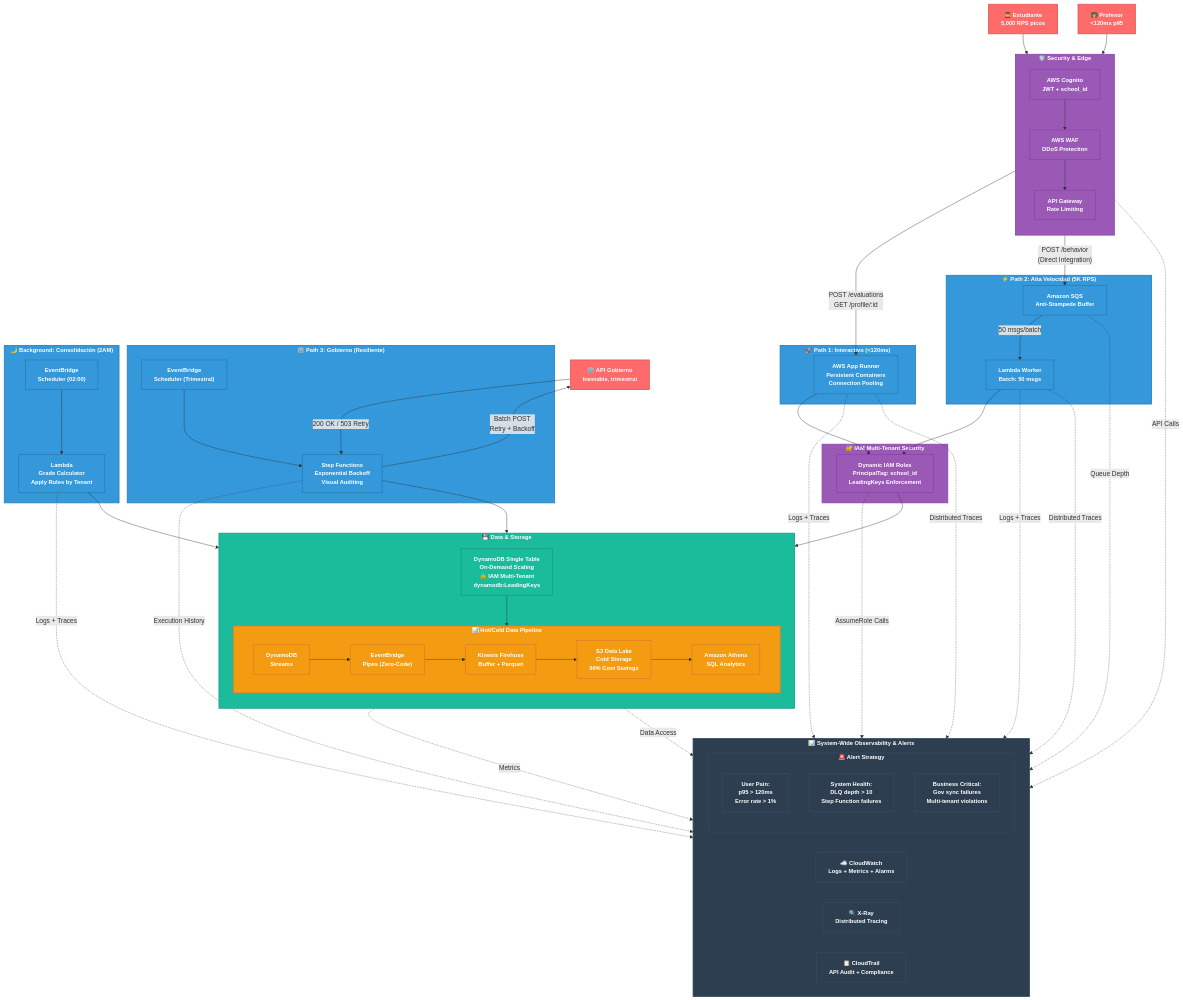
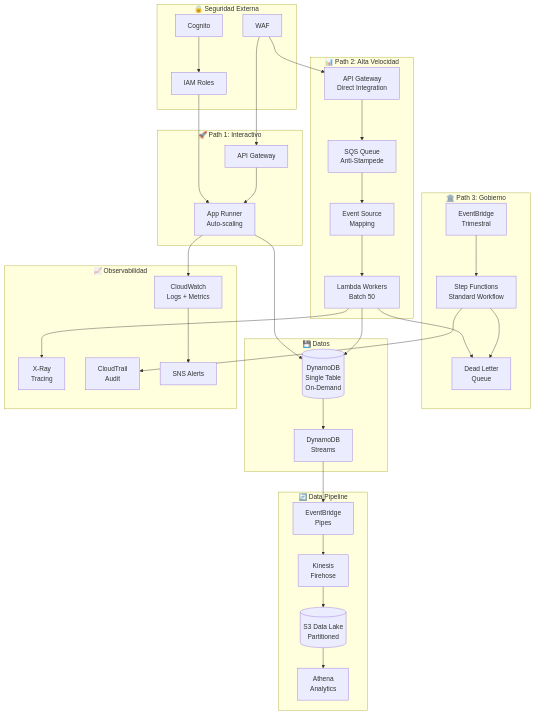
One commit to fabzter/luca-home-assessment changed the first of 5 diagrams in README.md. Above: the diagram before and after it, drawn with Mermaid. The commit also changed other lines of this file and 1 other file, not shown here.

````diff
--- a/README.md
+++ b/README.md
@@ -26,146 +26,75 @@
 ```mermaid
 flowchart TB
-    %% === EXTERNAL ACTORS ===
-    Student["👨‍🎓 Estudiante<br/>5,000 RPS picos"]
-    Teacher["👩‍🏫 Profesor<br/><120ms p95"]
-    GovAPI["🏛️ API Gobierno<br/>Inestable, trimestral"]
-    
-    %% === SECURITY & EDGE ===
-    subgraph EdgeSecurity ["🛡️ Security & Edge"]
-        direction TB
-        Cognito["AWS Cognito<br/>JWT + school_id"]
-        WAF["AWS WAF<br/>DDoS Protection"]
-        APIG["API Gateway<br/>Rate Limiting"]
+    subgraph Security["🔒 Seguridad Externa"]
+        WAF[WAF]
+        Cognito[Cognito]
+        IAM[IAM Roles]
     end
     
-    %% === COMPUTE PATHS ===
-    subgraph InteractivePath ["🚀 Path 1: Interactivo (<120ms)"]
-        AppRunner["AWS App Runner<br/>Persistent Containers<br/>Connection Pooling"]
+    subgraph Interactive["🚀 Path 1: Interactivo"]
+        APIG1[API Gateway]
+        AppRunner[App Runner<br/>Auto-scaling]
     end
     
-    subgraph IngestionPath ["⚡ Path 2: Alta Velocidad (5K RPS)"]
-        SQS["Amazon SQS<br/>Anti-Stampede Buffer"]
-        LambdaBatch["Lambda Worker<br/>Batch: 50 msgs"]
+    subgraph HighVolume["📊 Path 2: Alta Velocidad"]
+        APIG2[API Gateway<br/>Direct Integration]
+        SQS[SQS Queue<br/>Anti-Stampede]
+        ESM[Event Source<br/>Mapping]
+        LambdaBatch[Lambda Workers<br/>Batch 50]
     end
     
-    subgraph GovPath ["🏛️ Path 3: Gobierno (Resiliente)"]
-        EventScheduler["EventBridge<br/>Scheduler (Trimestral)"]
-        StepFunctions["Step Functions<br/>Exponential Backoff<br/>Visual Auditing"]
+    subgraph Government["🏛️ Path 3: Gobierno"]
+        EventBridge[EventBridge<br/>Trimestral]
+        StepFunctions[Step Functions<br/>Standard Workflow]
+        DLQ[Dead Letter<br/>Queue]
     end
     
-    subgraph BackgroundPath ["🌙 Background: Consolidación (2AM)"]
-        NightlyScheduler["EventBridge<br/>Scheduler (02:00)"]
-        GradeConsolidator["Lambda<br/>Grade Calculator<br/>Apply Rules by Tenant"]
+    subgraph Data["💾 Datos"]
+        DynamoDB[(DynamoDB<br/>Single Table<br/>On-Demand)]
+        DDBStreams[DynamoDB<br/>Streams]
     end
     
-    %% === DATA & STORAGE ===
-    subgraph DataLayer ["💾 Data & Storage"]
-        direction TB
-        DynamoDB["DynamoDB Single Table<br/>On-Demand Scaling<br/>🔒 IAM Multi-Tenant<br/>dynamodb:LeadingKeys"]
-        
-        subgraph DataPipeline ["📊 Hot/Cold Data Pipeline"]
-            direction LR
-            DDBStreams["DynamoDB<br/>Streams"]
-            Pipes["EventBridge<br/>Pipes (Zero-Code)"]
-            Firehose["Kinesis Firehose<br/>Buffer + Parquet"]
-            S3DataLake["S3 Data Lake<br/>Cold Storage<br/>90% Cost Savings"]
-            Athena["Amazon Athena<br/>SQL Analytics"]
-            
-            DDBStreams --> Pipes
-            Pipes --> Firehose  
-            Firehose --> S3DataLake
-            S3DataLake --> Athena
-        end
+    subgraph Pipeline["🔄 Data Pipeline"]
+        Pipes[EventBridge<br/>Pipes]
+        Firehose[Kinesis<br/>Firehose]
+        S3[(S3 Data Lake<br/>Partitioned)]
+        Athena[Athena<br/>Analytics]
     end
     
-    %% === IAM SECURITY ===
-    subgraph IAMLayer ["🔐 IAM Multi-Tenant Security"]
-        IAMRoles["Dynamic IAM Roles<br/>PrincipalTag: school_id<br/>LeadingKeys Enforcement"]
+    subgraph Monitoring["📈 Observabilidad"]
+        CloudWatch[CloudWatch<br/>Logs + Metrics]
+        XRay[X-Ray<br/>Tracing]
+        CloudTrail[CloudTrail<br/>Audit]
+        SNS[SNS Alerts]
     end
     
-    %% === TRAFFIC FLOWS ===
+    %% Path 1: Interactive (Profesores)
+    WAF --> APIG1
+    Cognito --> IAM
+    IAM --> AppRunner
+    APIG1 --> AppRunner
+    AppRunner --> DynamoDB
     
-    %% Authentication
-    Student --> Cognito
-    Teacher --> Cognito
-    Cognito --> WAF
+    %% Path 2: High Volume (Estudiantes)
+    WAF --> APIG2
+    APIG2 --> SQS
+    SQS --> ESM
+    ESM --> LambdaBatch
+    LambdaBatch --> DynamoDB
+    LambdaBatch --> DLQ
     
-    %% Entry through Security
-    WAF --> APIG
+    %% Path 3: Government (Sistema)
+    EventBridge --> StepFunctions
+    StepFunctions --> DLQ
     
-    %% Path 1: Interactive (Teachers/Students)
-    APIG -->|"POST /evaluations<br/>GET /profile/:id"| AppRunner
-    AppRunner --> IAMRoles
-    IAMRoles --> DynamoDB
+    DynamoDB --> DDBStreams
+    DDBStreams --> Pipes
+    Pipes --> Firehose
+    Firehose --> S3
+    S3 --> Athena
     
-    %% Path 2: High-Volume Ingestion
-    APIG -->|"POST /behavior<br/>(Direct Integration)"| SQS
-    SQS -->|"50 msgs/batch"| LambdaBatch
-    LambdaBatch --> IAMRoles
-    
-    %% Path 3: Government Sync
-    EventScheduler --> StepFunctions
-    StepFunctions -->|"Batch POST<br/>Retry + Backoff"| GovAPI
-    StepFunctions --> DynamoDB
-    
-    %% Background Job
-    NightlyScheduler --> GradeConsolidator
-    GradeConsolidator --> DynamoDB
-    
-    %% Data Pipeline (flows from DynamoDB)
-    DynamoDB --> DDBStreams
-    
-    %% External API Response
-    GovAPI -->|"200 OK / 503 Retry"| StepFunctions
-    
-    %% === SYSTEM-WIDE OBSERVABILITY BAR ===
-    subgraph ObservabilityBar ["📊 System-Wide Observability & Alerts"]
-        direction LR
-        CloudWatch["☁️ CloudWatch<br/>Logs + Metrics + Alarms"]
-        XRay["🔍 X-Ray<br/>Distributed Tracing"]
-        CloudTrail["📋 CloudTrail<br/>API Audit + Compliance"]
-        
-        subgraph AlertStrategy ["🚨 Alert Strategy"]
-            UserAlerts["User Pain:<br/>p95 > 120ms<br/>Error rate > 1%"]
-            SystemAlerts["System Health:<br/>DLQ depth > 10<br/>Step Function failures"]
-            BusinessAlerts["Business Critical:<br/>Gov sync failures<br/>Multi-tenant violations"]
-        end
-    end
-    
-    %% === OBSERVABILITY CONNECTIONS (dotted lines to show system-wide) ===
-    AppRunner -.->|"Logs + Traces"| CloudWatch
-    LambdaBatch -.->|"Logs + Traces"| CloudWatch  
-    StepFunctions -.->|"Execution History"| CloudWatch
-    GradeConsolidator -.->|"Logs + Traces"| CloudWatch
-    DynamoDB -.->|"Metrics"| CloudWatch
-    SQS -.->|"Queue Depth"| CloudWatch
-    
-    AppRunner -.->|"Distributed Traces"| XRay
-    LambdaBatch -.->|"Distributed Traces"| XRay
-    
-    APIG -.->|"API Calls"| CloudTrail
-    DynamoDB -.->|"Data Access"| CloudTrail
-    IAMRoles -.->|"AssumeRole Calls"| CloudTrail
-    
-    %% === STYLING ===
-    classDef external fill:#ff6b6b,stroke:#e55454,stroke-width:2px,color:#fff,font-size:14px,font-weight:bold
-    classDef security fill:#9b59b6,stroke:#8e44ad,stroke-width:2px,color:#fff,font-size:14px,font-weight:bold
-    classDef compute fill:#3498db,stroke:#2980b9,stroke-width:2px,color:#fff,font-size:14px,font-weight:bold
-    classDef data fill:#1abc9c,stroke:#16a085,stroke-width:2px,color:#fff,font-size:14px,font-weight:bold
-    classDef pipeline fill:#f39c12,stroke:#e67e22,stroke-width:2px,color:#fff,font-size:14px,font-weight:bold
-    classDef obs fill:#2c3e50,stroke:#34495e,stroke-width:2px,color:#fff,font-size:14px,font-weight:bold
-    classDef iam fill:#e74c3c,stroke:#c0392b,stroke-width:2px,color:#fff,font-size:14px,font-weight:bold
-    
-    class Student,Teacher,GovAPI external
-    class EdgeSecurity,Cognito,WAF,APIG security
-    class IAMLayer,IAMRoles security
-    class InteractivePath,AppRunner compute
-    class IngestionPath,SQS,LambdaBatch compute
-    class GovPath,EventScheduler,StepFunctions compute
-    class BackgroundPath,NightlyScheduler,GradeConsolidator compute
-    class DataLayer,DynamoDB data
-    class DataPipeline,DDBStreams,Pipes,Firehose pipeline
-    class S3DataLake,Athena pipeline
-    class ObservabilityBar,CloudWatch,XRay,CloudTrail obs
-    class AlertStrategy,UserAlerts,SystemAlerts,BusinessAlerts obs
+    AppRunner --> CloudWatch
+    LambdaBatch --> XRay
+    StepFunctions --> CloudTrail
+    CloudWatch --> SNS
 ```
````
